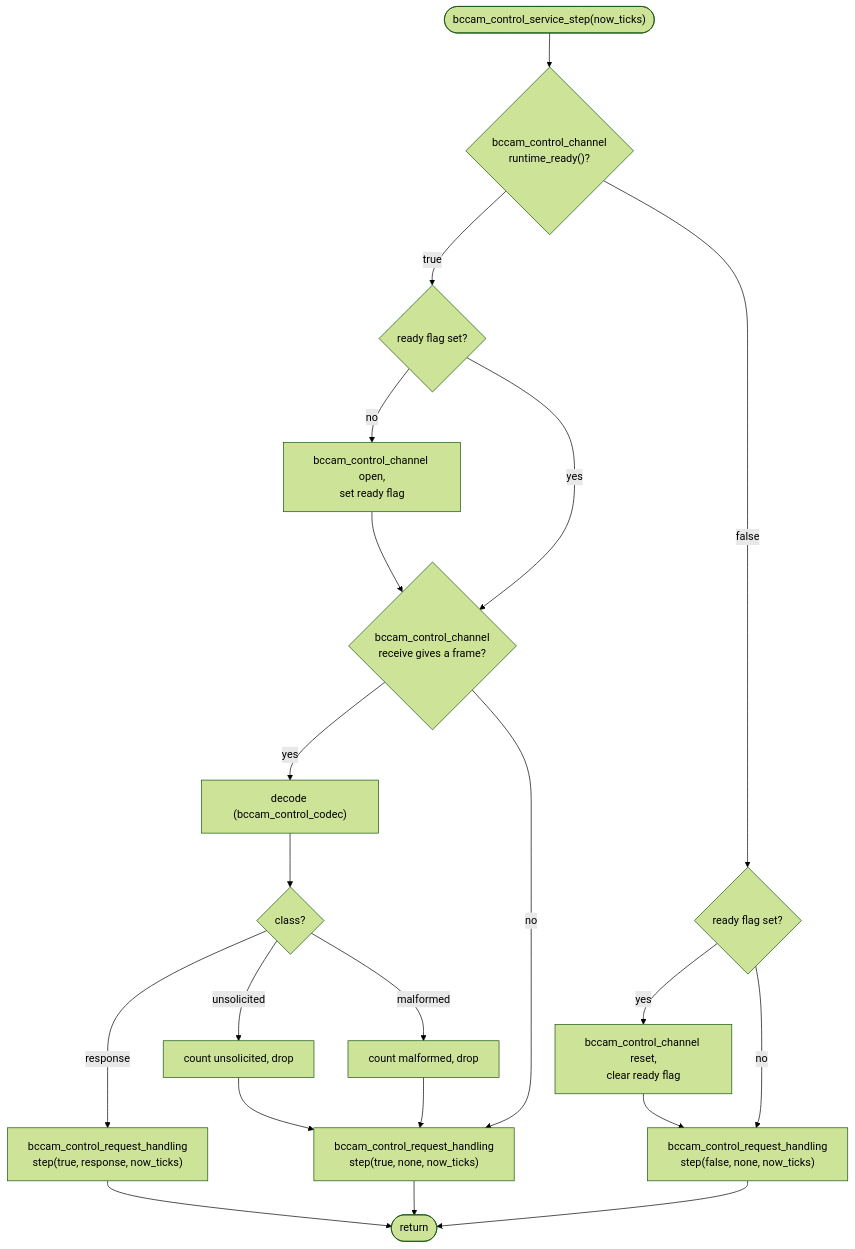
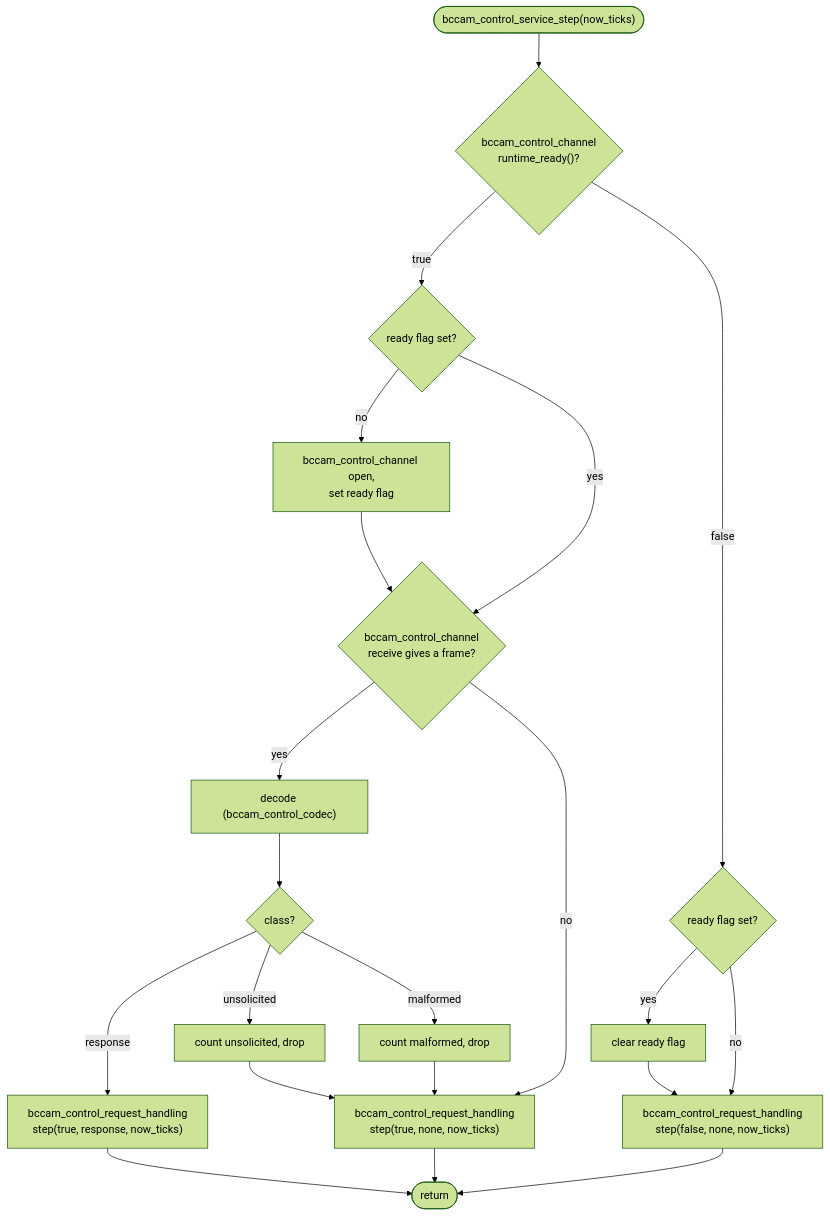
Before and after one commit to bitcraze/crazyflie-firmware: the sixth of 10 diagrams in docs/functional-areas/camera-deck-control.md, drawn with Mermaid (forest theme). The commit also changed other lines of this file, not shown here.

Commit message:
doc: Remove rx_buffer from channel

````diff
--- a/docs/functional-areas/camera-deck-control.md
+++ b/docs/functional-areas/camera-deck-control.md
@@ -637,39 +635,39 @@
 ```mermaid
 flowchart TD
     s0(["bccam_control_service_step(now_ticks)"])
     r0{"bccam_control_channel<br/>runtime_ready()?"}
 
     r1{"ready flag set?"}
     r2["bccam_control_channel open,<br/>set ready flag"]
     f0{"bccam_control_channel<br/>receive gives a frame?"}
     f1["decode (bccam_control_codec)"]
     f2{"class?"}
     fu["count unsolicited, drop"]
     fm["count malformed, drop"]
     h1["bccam_control_request_handling<br/>step(true, response, now_ticks)"]
     h2["bccam_control_request_handling<br/>step(true, none, now_ticks)"]
 
     n1{"ready flag set?"}
-    n2["bccam_control_channel reset,<br/>clear ready flag"]
+    n2["clear ready flag"]
     h3["bccam_control_request_handling<br/>step(false, none, now_ticks)"]
 
     e0(["return"])
 
     s0 --> r0
     r0 -- "true" --> r1
     r1 -- "no" --> r2 --> f0
     r1 -- "yes" --> f0
     f0 -- "yes" --> f1 --> f2
     f0 -- "no" --> h2
     f2 -- "response" --> h1
     f2 -- "unsolicited" --> fu --> h2
     f2 -- "malformed" --> fm --> h2
 
     r0 -- "false" --> n1
     n1 -- "yes" --> n2 --> h3
     n1 -- "no" --> h3
 
     h1 --> e0
     h2 --> e0
     h3 --> e0
 ```
````
